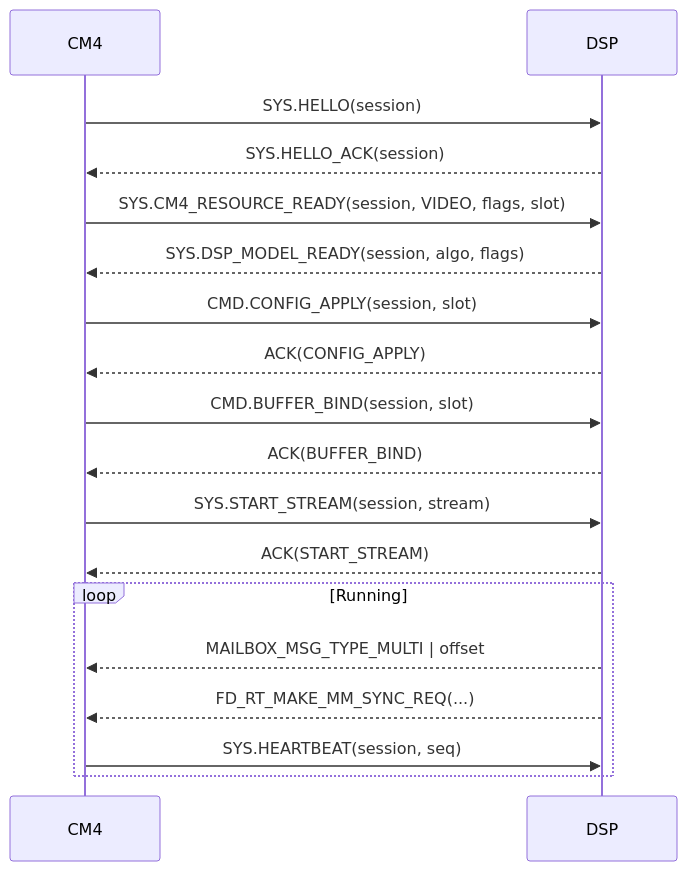
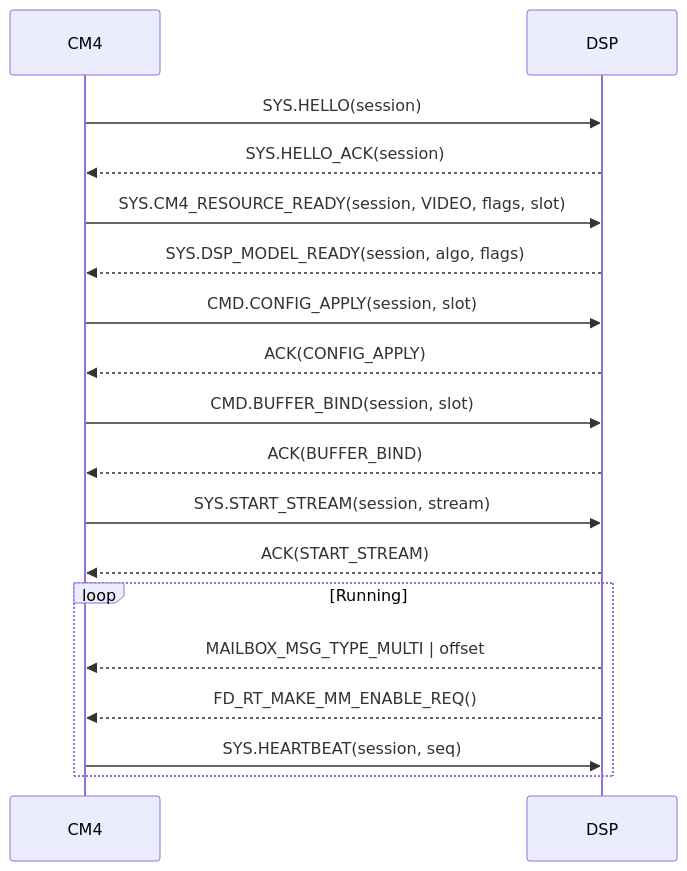
Before and after one commit to xingxinonline/S300-BSP: the second of 2 diagrams in Projects/Demo/Face_Detection_State_Machine_Demo/README.md, drawn with Mermaid. The commit also changed other lines of this file and 13 other files, not shown here.

````diff
--- a/Projects/Demo/Face_Detection_State_Machine_Demo/README.md
+++ b/Projects/Demo/Face_Detection_State_Machine_Demo/README.md
@@ -76,21 +76,21 @@
 ```mermaid
 sequenceDiagram
-	participant CM4
-	participant DSP
+    participant CM4
+    participant DSP
 
-	CM4->>DSP: SYS.HELLO(session)
-	DSP-->>CM4: SYS.HELLO_ACK(session)
-	CM4->>DSP: SYS.CM4_RESOURCE_READY(session, VIDEO, flags, slot)
-	DSP-->>CM4: SYS.DSP_MODEL_READY(session, algo, flags)
-	CM4->>DSP: CMD.CONFIG_APPLY(session, slot)
-	DSP-->>CM4: ACK(CONFIG_APPLY)
-	CM4->>DSP: CMD.BUFFER_BIND(session, slot)
-	DSP-->>CM4: ACK(BUFFER_BIND)
-	CM4->>DSP: SYS.START_STREAM(session, stream)
-	DSP-->>CM4: ACK(START_STREAM)
-	loop Running
-		DSP-->>CM4: MAILBOX_MSG_TYPE_MULTI | offset
-		DSP-->>CM4: FD_RT_MAKE_MM_SYNC_REQ(...)
-		CM4->>DSP: SYS.HEARTBEAT(session, seq)
-	end
+    CM4->>DSP: SYS.HELLO(session)
+    DSP-->>CM4: SYS.HELLO_ACK(session)
+    CM4->>DSP: SYS.CM4_RESOURCE_READY(session, VIDEO, flags, slot)
+    DSP-->>CM4: SYS.DSP_MODEL_READY(session, algo, flags)
+    CM4->>DSP: CMD.CONFIG_APPLY(session, slot)
+    DSP-->>CM4: ACK(CONFIG_APPLY)
+    CM4->>DSP: CMD.BUFFER_BIND(session, slot)
+    DSP-->>CM4: ACK(BUFFER_BIND)
+    CM4->>DSP: SYS.START_STREAM(session, stream)
+    DSP-->>CM4: ACK(START_STREAM)
+    loop Running
+        DSP-->>CM4: MAILBOX_MSG_TYPE_MULTI | offset
+        DSP-->>CM4: FD_RT_MAKE_MM_ENABLE_REQ()
+        CM4->>DSP: SYS.HEARTBEAT(session, seq)
+    end
 ```
````
